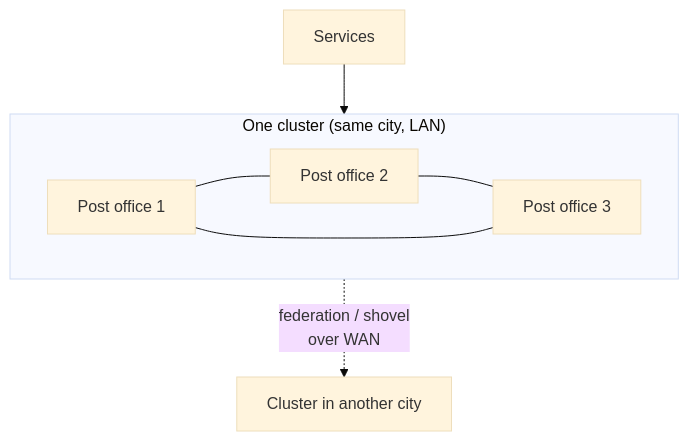
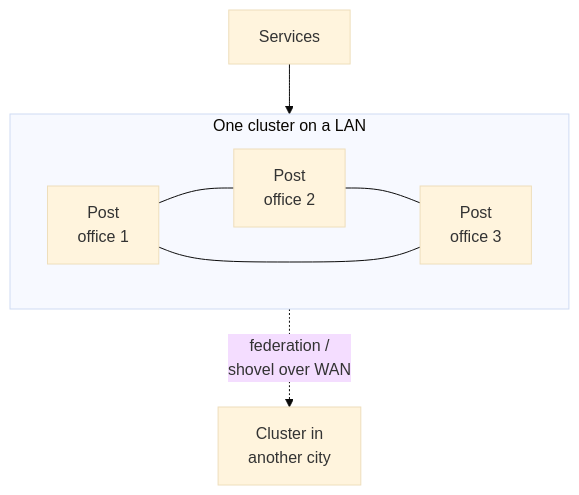
The diagram in content/en/posts/2026-11-21-rabbitmq-cluster.md (duongbui234/software-engineering-atlas), drawn with Mermaid (base theme) before and after one commit. The commit also changed 134 other files, not shown here.

First line of the commit message:
Fit every Mermaid diagram at 390px without sideways scroll (#56)

````diff
--- a/content/en/posts/2026-11-21-rabbitmq-cluster.md
+++ b/content/en/posts/2026-11-21-rabbitmq-cluster.md
@@ -55,10 +55,10 @@
 ```mermaid
 flowchart TB
-    subgraph C["One cluster (same city, LAN)"]
-        N1["Post office 1"] --- N2["Post office 2"]
-        N2 --- N3["Post office 3"]
+    subgraph C["One cluster on a LAN"]
+        N1["Post<br/>office 1"] --- N2["Post<br/>office 2"]
+        N2 --- N3["Post<br/>office 3"]
         N1 --- N3
     end
     App["Services"] --> C
-    C -.->|"federation / shovel<br/>over WAN"| R["Cluster in another city"]
+    C -.->|"federation /<br/>shovel over WAN"| R["Cluster in<br/>another city"]
 ```
````
